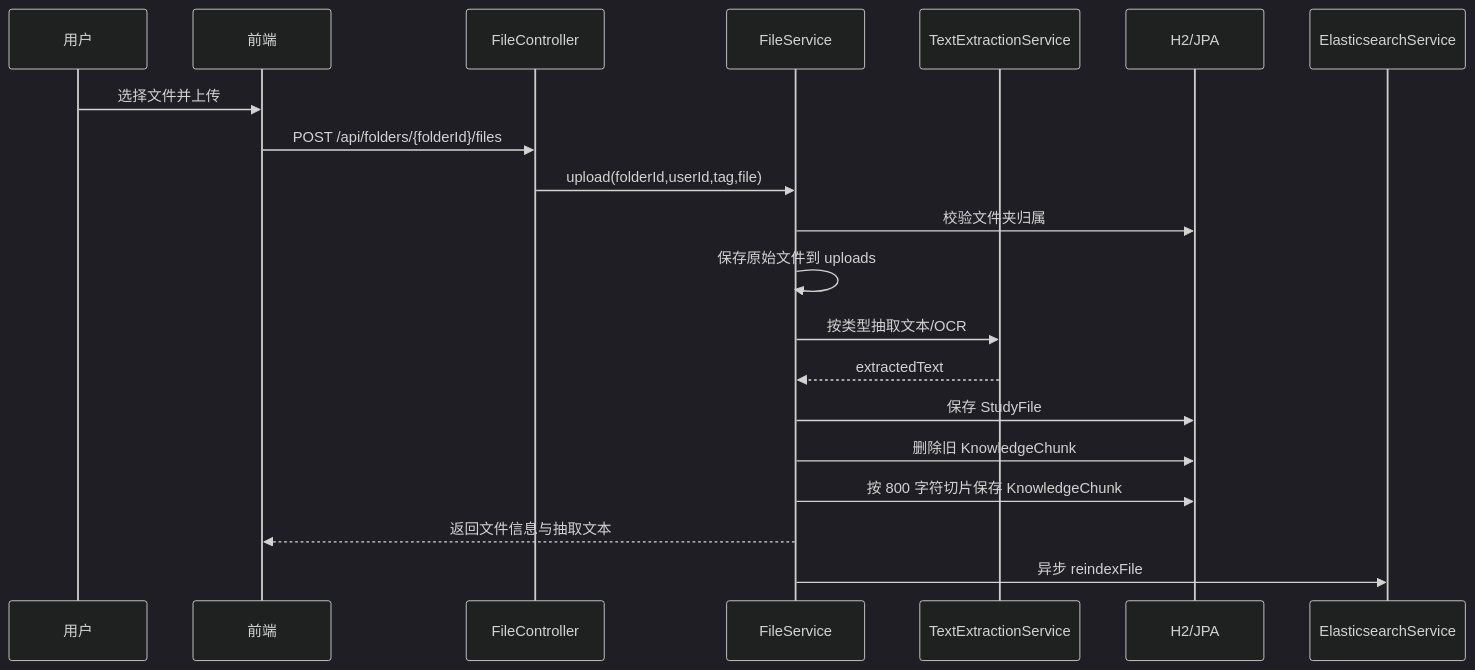
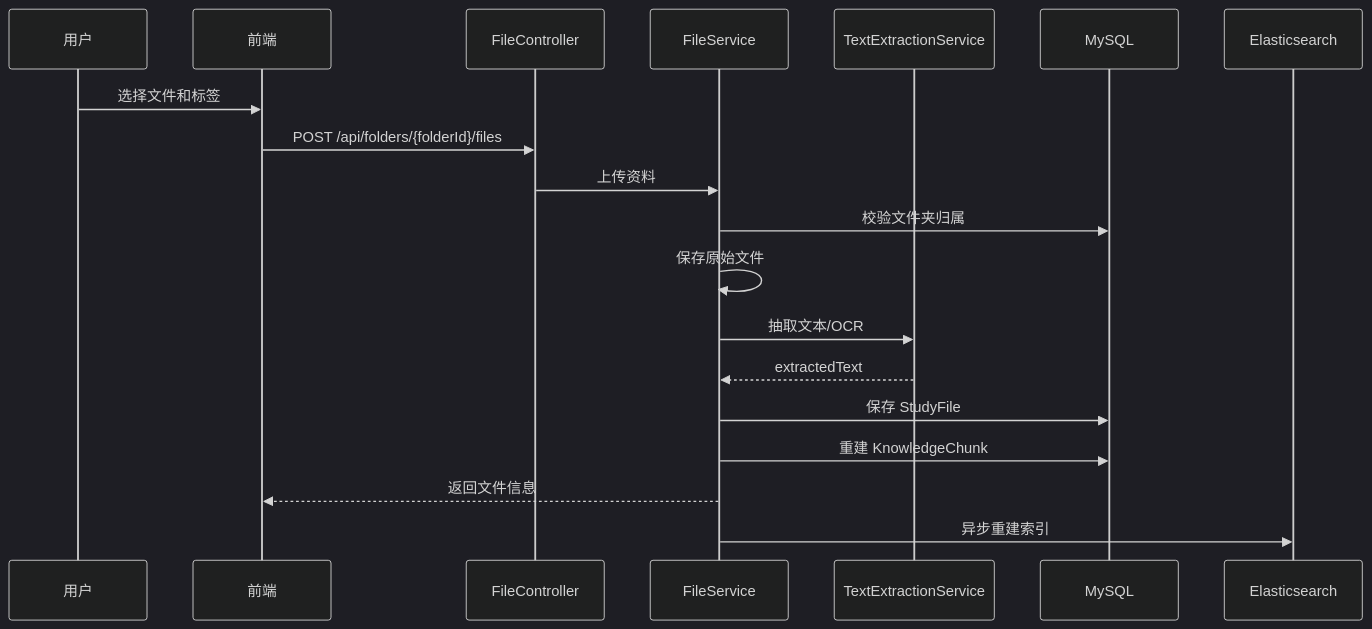
The fifth of 9 diagrams in docs/02-system-architecture.md (LinHonk1128/ips_java), drawn with Mermaid (dark theme) before and after one commit. The commit also changed other lines of this file and 48 other files, not shown here.

````diff
--- a/docs/02-system-architecture.md
+++ b/docs/02-system-architecture.md
@@ -158,23 +167,22 @@
 ```mermaid
 sequenceDiagram
-    participant User as 用户
+    participant U as 用户
     participant FE as 前端
     participant API as FileController
     participant FS as FileService
     participant TX as TextExtractionService
-    participant DB as H2/JPA
-    participant ES as ElasticsearchService
+    participant DB as MySQL
+    participant ES as Elasticsearch
 
-    User->>FE: 选择文件并上传
+    U->>FE: 选择文件和标签
     FE->>API: POST /api/folders/{folderId}/files
-    API->>FS: upload(folderId,userId,tag,file)
+    API->>FS: 上传资料
     FS->>DB: 校验文件夹归属
-    FS->>FS: 保存原始文件到 uploads
-    FS->>TX: 按类型抽取文本/OCR
+    FS->>FS: 保存原始文件
+    FS->>TX: 抽取文本/OCR
     TX-->>FS: extractedText
     FS->>DB: 保存 StudyFile
-    FS->>DB: 删除旧 KnowledgeChunk
-    FS->>DB: 按 800 字符切片保存 KnowledgeChunk
-    FS-->>FE: 返回文件信息与抽取文本
-    FS->>ES: 异步 reindexFile
+    FS->>DB: 重建 KnowledgeChunk
+    FS-->>FE: 返回文件信息
+    FS->>ES: 异步重建索引
 ```
````
